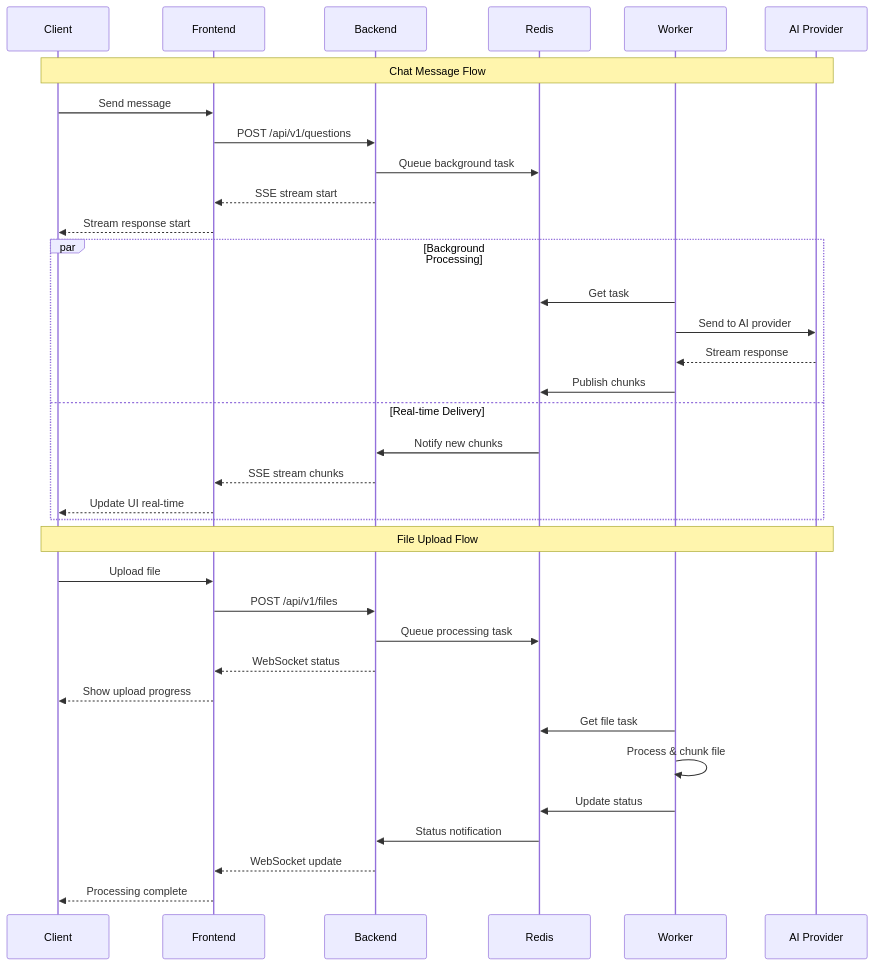
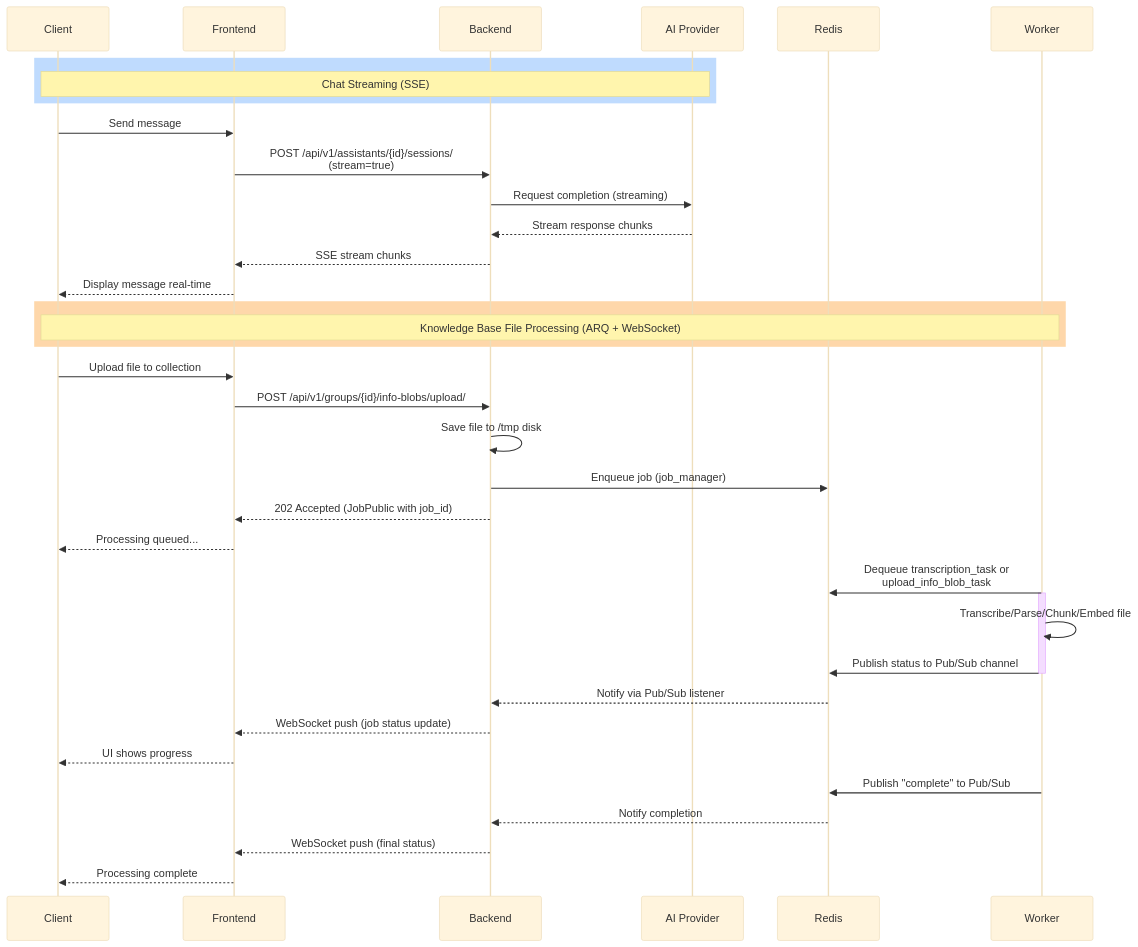
One commit to eneo-ai/eneo changed the sixth of 7 diagrams in docs/ARCHITECTURE.md. Above: the diagram before and after it, drawn with Mermaid. The commit also changed other lines of this file, not shown here.

````diff
--- a/docs/ARCHITECTURE.md
+++ b/docs/ARCHITECTURE.md
@@ -496,41 +544,46 @@
 ```mermaid
+%%{init: {'theme': 'base', 'primaryColor': '#bfdbfe', 'secondBkgColor': '#d1fae5', 'textColor': '#1f2937'}}%%
 sequenceDiagram
     participant C as Client
     participant F as Frontend
     participant B as Backend
+    participant AI as AI Provider
     participant R as Redis
     participant W as Worker
-    participant AI as AI Provider
-    
-    Note over C,AI: Chat Message Flow
+
+    rect rgb(191, 219, 254)
+        Note over C,AI: Chat Streaming (SSE)
+    end
+
     C->>F: Send message
-    F->>B: POST /api/v1/questions
-    B->>R: Queue background task
-    B-->>F: SSE stream start
-    F-->>C: Stream response start
-    
-    par Background Processing
-        W->>R: Get task
-        W->>AI: Send to AI provider
-        AI-->>W: Stream response
-        W->>R: Publish chunks
-    and Real-time Delivery
-        R->>B: Notify new chunks
-        B-->>F: SSE stream chunks
-        F-->>C: Update UI real-time
+    F->>B: POST /api/v1/assistants/{id}/sessions/<br/>(stream=true)
+    B->>AI: Request completion (streaming)
+    AI-->>B: Stream response chunks
+    B-->>F: SSE stream chunks
+    F-->>C: Display message real-time
+
+    rect rgb(254, 215, 170)
+        Note over C,W: Knowledge Base File Processing (ARQ + WebSocket)
     end
-    
-    Note over C,AI: File Upload Flow
-    C->>F: Upload file
-    F->>B: POST /api/v1/files
-    B->>R: Queue processing task
-    B-->>F: WebSocket status
-    F-->>C: Show upload progress
-    
-    W->>R: Get file task
-    W->>W: Process & chunk file
-    W->>R: Update status
-    R->>B: Status notification
-    B-->>F: WebSocket update
+
+    C->>F: Upload file to collection
+    F->>B: POST /api/v1/groups/{id}/info-blobs/upload/
+    B->>B: Save file to /tmp disk
+    B->>R: Enqueue job (job_manager)
+    B-->>F: 202 Accepted (JobPublic with job_id)
+    F-->>C: Processing queued...
+
+    W->>R: Dequeue transcription_task or<br/>upload_info_blob_task
+    activate W
+    W->>W: Transcribe/Parse/Chunk/Embed file
+    W->>R: Publish status to Pub/Sub channel
+    deactivate W
+    R-->>B: Notify via Pub/Sub listener
+    B-->>F: WebSocket push (job status update)
+    F-->>C: UI shows progress
+
+    W->>R: Publish "complete" to Pub/Sub
+    R-->>B: Notify completion
+    B-->>F: WebSocket push (final status)
     F-->>C: Processing complete
 ```
````
